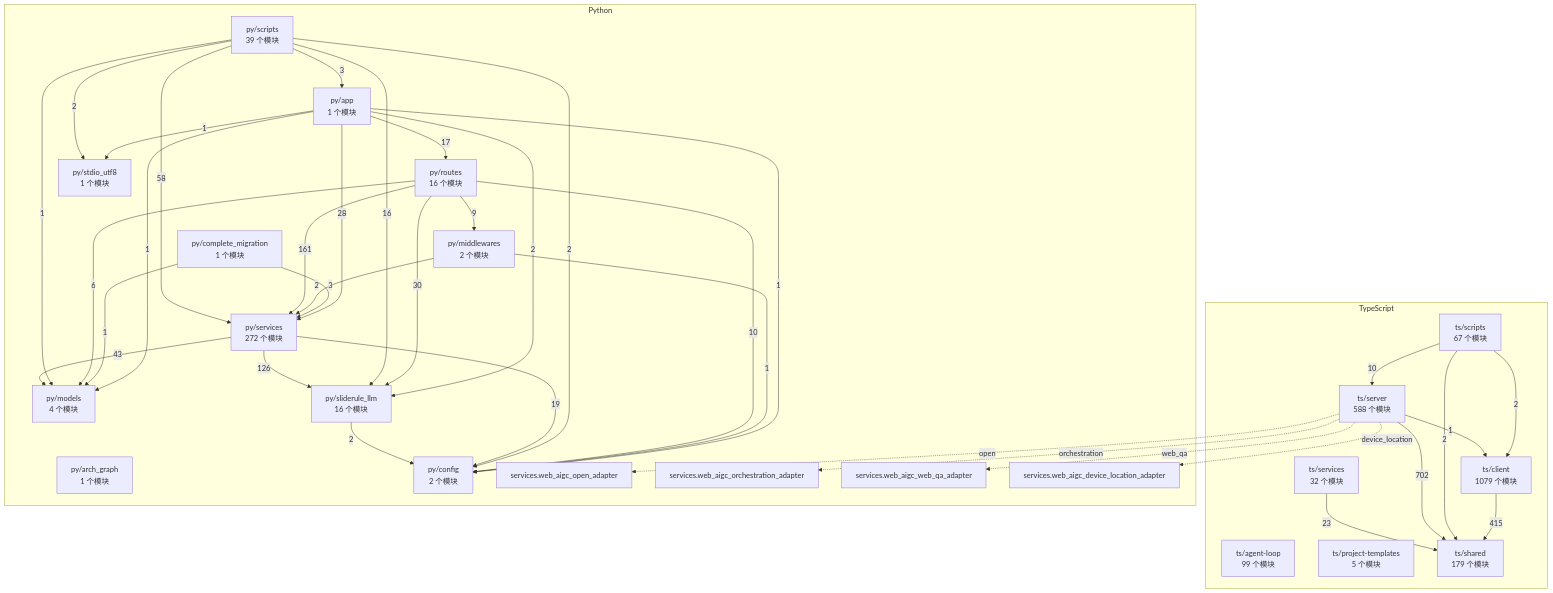
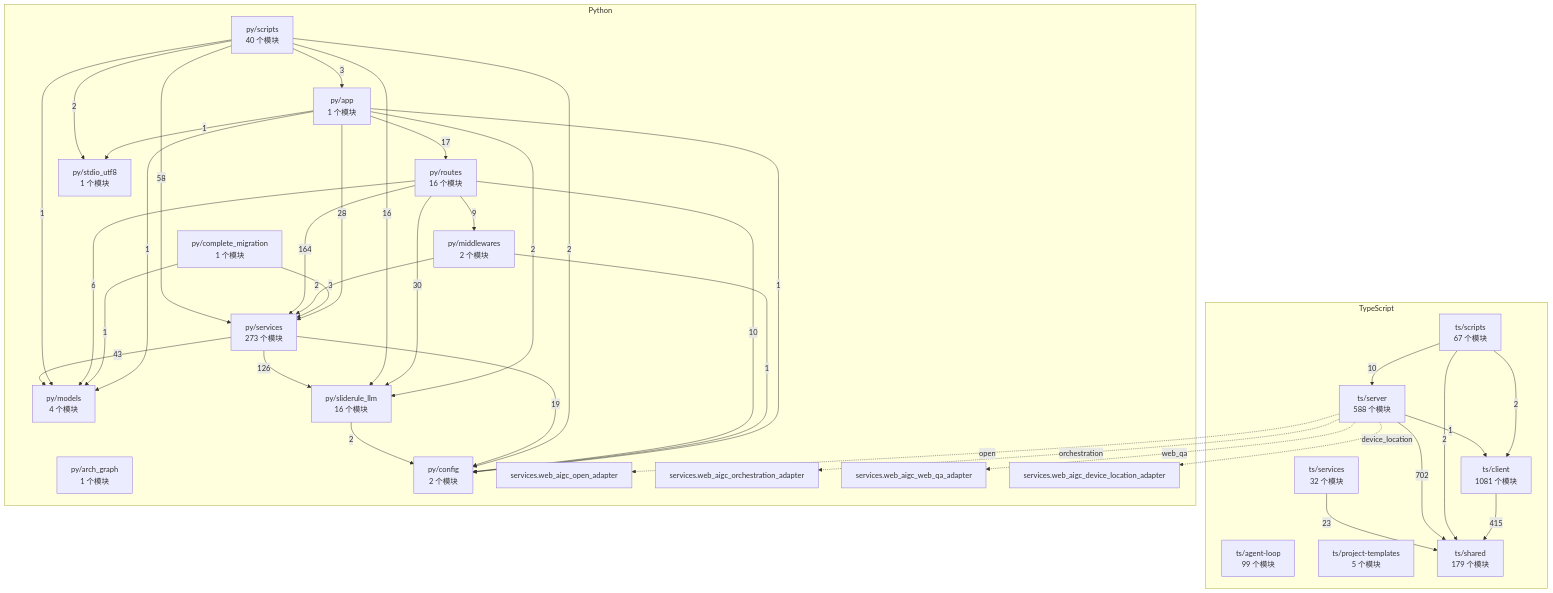
One commit to 2686521696/WhyBuddy changed the diagram in docs/WhyBuddy 全仓架构图（自动生成）.md. Above: the diagram before and after it, drawn with Mermaid. The commit also changed 1 other file, not shown here.

Commit message:
架构图补上会话上传和办公镜像构建脚本。

````diff
--- a/docs/WhyBuddy 全仓架构图（自动生成）.md
+++ b/docs/WhyBuddy 全仓架构图（自动生成）.md
@@ -14,65 +14,65 @@
 ```mermaid
 flowchart TB
   subgraph ts [TypeScript]
     ts_agent_loop["ts/agent-loop<br/>99 个模块"]
-    ts_client["ts/client<br/>1079 个模块"]
+    ts_client["ts/client<br/>1081 个模块"]
     ts_project_templates["ts/project-templates<br/>5 个模块"]
     ts_scripts["ts/scripts<br/>67 个模块"]
     ts_server["ts/server<br/>588 个模块"]
     ts_services["ts/services<br/>32 个模块"]
     ts_shared["ts/shared<br/>179 个模块"]
   end
   subgraph py [Python]
     py_app["py/app<br/>1 个模块"]
     py_arch_graph["py/arch_graph<br/>1 个模块"]
     py_complete_migration["py/complete_migration<br/>1 个模块"]
     py_config["py/config<br/>2 个模块"]
     py_middlewares["py/middlewares<br/>2 个模块"]
     py_models["py/models<br/>4 个模块"]
     py_routes["py/routes<br/>16 个模块"]
-    py_scripts["py/scripts<br/>39 个模块"]
-    py_services["py/services<br/>272 个模块"]
+    py_scripts["py/scripts<br/>40 个模块"]
+    py_services["py/services<br/>273 个模块"]
     py_sliderule_llm["py/sliderule_llm<br/>16 个模块"]
     py_stdio_utf8["py/stdio_utf8<br/>1 个模块"]
     py_services_web_aigc_open_adapter["services.web_aigc_open_adapter"]
     py_services_web_aigc_orchestration_adapter["services.web_aigc_orchestration_adapter"]
     py_services_web_aigc_web_qa_adapter["services.web_aigc_web_qa_adapter"]
     py_services_web_aigc_device_location_adapter["services.web_aigc_device_location_adapter"]
   end
   ts_client -->|415| ts_shared
   ts_scripts -->|2| ts_client
   ts_scripts -->|10| ts_server
   ts_scripts -->|2| ts_shared
   ts_server -->|1| ts_client
   ts_server -->|702| ts_shared
   ts_services -->|23| ts_shared
   py_app -->|1| py_config
   py_app -->|1| py_models
   py_app -->|17| py_routes
   py_app -->|28| py_services
   py_app -->|2| py_sliderule_llm
   py_app -->|1| py_stdio_utf8
   py_complete_migration -->|1| py_models
   py_complete_migration -->|3| py_services
   py_middlewares -->|1| py_config
   py_middlewares -->|2| py_services
   py_routes -->|10| py_config
   py_routes -->|9| py_middlewares
   py_routes -->|6| py_models
-  py_routes -->|161| py_services
+  py_routes -->|164| py_services
   py_routes -->|30| py_sliderule_llm
   py_scripts -->|3| py_app
   py_scripts -->|2| py_config
   py_scripts -->|1| py_models
   py_scripts -->|58| py_services
   py_scripts -->|16| py_sliderule_llm
   py_scripts -->|2| py_stdio_utf8
   py_services -->|19| py_config
   py_services -->|43| py_models
   py_services -->|126| py_sliderule_llm
   py_sliderule_llm -->|2| py_config
   ts_server -.->|open| py_services_web_aigc_open_adapter
   ts_server -.->|orchestration| py_services_web_aigc_orchestration_adapter
   ts_server -.->|web_qa| py_services_web_aigc_web_qa_adapter
   ts_server -.->|device_location| py_services_web_aigc_device_location_adapter
 ```
````
